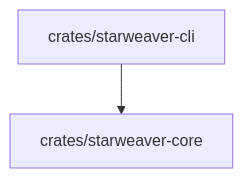
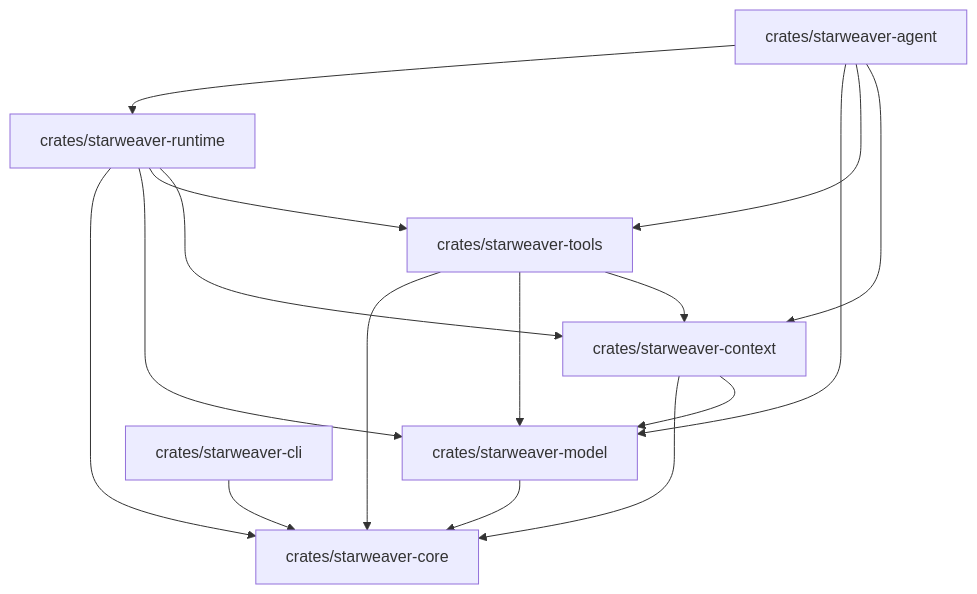
One commit to Wh1isper/starweaver changed the diagram in spec/00-repository.md. Above: the diagram before and after it, drawn with Mermaid. The commit also changed other lines of this file and 133 other files, not shown here.

````diff
--- a/spec/00-repository.md
+++ b/spec/00-repository.md
@@ -17,7 +9,26 @@
 ```mermaid
 flowchart TD
+    core[crates/starweaver-core]
+    model[crates/starweaver-model]
+    context[crates/starweaver-context]
+    tools[crates/starweaver-tools]
+    runtime[crates/starweaver-runtime]
+    agent[crates/starweaver-agent]
     cli[crates/starweaver-cli]
-    core[crates/starweaver-core]
 
+    model --> core
+    context --> core
+    context --> model
+    tools --> core
+    tools --> model
+    tools --> context
+    runtime --> core
+    runtime --> model
+    runtime --> tools
+    runtime --> context
+    agent --> runtime
+    agent --> model
+    agent --> tools
+    agent --> context
     cli --> core
 ```
````
